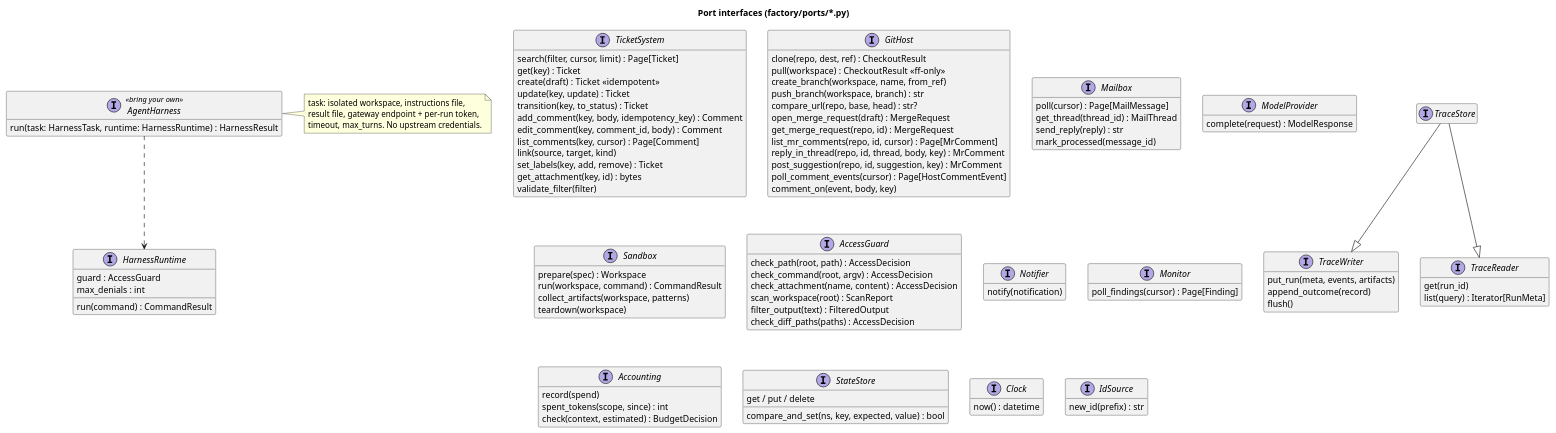
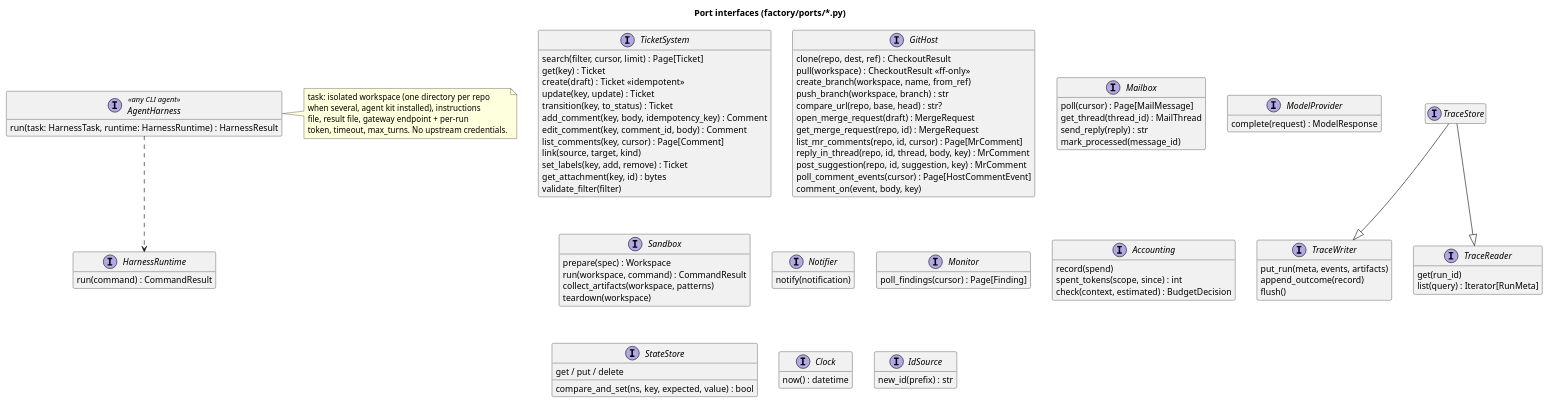
The diagram in design/ports.puml (asdodd/software-factory), drawn with PlantUML before and after one commit. The commit also changed 94 other files, not shown here.

First line of the commit message:
Agent-native restricted files, multi-repo tickets, local workspaces

```diff
--- a/design/ports.puml
+++ b/design/ports.puml
@@ -1,102 +1,93 @@
 @startuml ports
 title Port interfaces (factory/ports/*.py)
 hide empty members
 interface TicketSystem {
   search(filter, cursor, limit) : Page[Ticket]
   get(key) : Ticket
   create(draft) : Ticket  <<idempotent>>
   update(key, update) : Ticket
   transition(key, to_status) : Ticket
   add_comment(key, body, idempotency_key) : Comment
   edit_comment(key, comment_id, body) : Comment
   list_comments(key, cursor) : Page[Comment]
   link(source, target, kind)
   set_labels(key, add, remove) : Ticket
   get_attachment(key, id) : bytes
   validate_filter(filter)
 }
 interface GitHost {
   clone(repo, dest, ref) : CheckoutResult
   pull(workspace) : CheckoutResult  <<ff-only>>
   create_branch(workspace, name, from_ref)
   push_branch(workspace, branch) : str
   compare_url(repo, base, head) : str?
   open_merge_request(draft) : MergeRequest
   get_merge_request(repo, id) : MergeRequest
   list_mr_comments(repo, id, cursor) : Page[MrComment]
   reply_in_thread(repo, id, thread, body, key) : MrComment
   post_suggestion(repo, id, suggestion, key) : MrComment
   poll_comment_events(cursor) : Page[HostCommentEvent]
   comment_on(event, body, key)
 }
 interface Mailbox {
   poll(cursor) : Page[MailMessage]
   get_thread(thread_id) : MailThread
   send_reply(reply) : str
   mark_processed(message_id)
 }
 interface ModelProvider {
   complete(request) : ModelResponse
 }
-interface AgentHarness <<bring your own>> {
+interface AgentHarness <<any CLI agent>> {
   run(task: HarnessTask, runtime: HarnessRuntime) : HarnessResult
 }
 note right of AgentHarness
-  task: isolated workspace, instructions file,
-  result file, gateway endpoint + per-run token,
-  timeout, max_turns. No upstream credentials.
+  task: isolated workspace (one directory per repo
+  when several, agent kit installed), instructions
+  file, result file, gateway endpoint + per-run
+  token, timeout, max_turns. No upstream credentials.
 end note
 interface HarnessRuntime {
-  guard : AccessGuard
-  max_denials : int
   run(command) : CommandResult
 }
 AgentHarness ..> HarnessRuntime
 interface Sandbox {
   prepare(spec) : Workspace
   run(workspace, command) : CommandResult
   collect_artifacts(workspace, patterns)
   teardown(workspace)
-}
-interface AccessGuard {
-  check_path(root, path) : AccessDecision
-  check_command(root, argv) : AccessDecision
-  check_attachment(name, content) : AccessDecision
-  scan_workspace(root) : ScanReport
-  filter_output(text) : FilteredOutput
-  check_diff_paths(paths) : AccessDecision
 }
 interface Notifier {
   notify(notification)
 }
 interface Monitor {
   poll_findings(cursor) : Page[Finding]
 }
 interface TraceWriter {
   put_run(meta, events, artifacts)
   append_outcome(record)
   flush()
 }
 interface TraceReader {
   get(run_id)
   list(query) : Iterator[RunMeta]
 }
 interface TraceStore
 TraceStore --|> TraceWriter
 TraceStore --|> TraceReader
 interface Accounting {
   record(spend)
   spent_tokens(scope, since) : int
   check(context, estimated) : BudgetDecision
 }
 interface StateStore {
   get / put / delete
   compare_and_set(ns, key, expected, value) : bool
 }
 interface Clock {
   now() : datetime
 }
 interface IdSource {
   new_id(prefix) : str
 }
 @enduml
```
